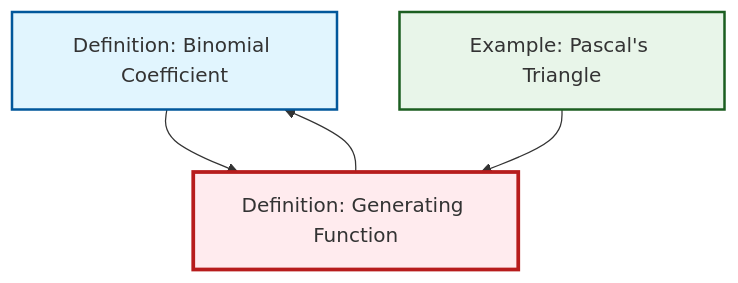
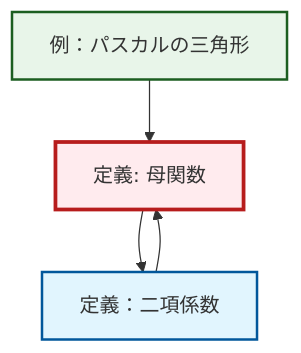
The diagram in content/ja/combinatorics/def-generating-function.qmd (RK0429/ModernMath), drawn with Mermaid before and after one commit. The commit also changed 1069 other files, not shown here.

````diff
--- a/content/ja/combinatorics/def-generating-function.qmd
+++ b/content/ja/combinatorics/def-generating-function.qmd
@@ -99,18 +99,18 @@
 ```{mermaid}
 %%| fig-cap: "Local dependency graph"
 graph TD
     classDef definition fill:#e1f5fe,stroke:#01579b,stroke-width:2px
     classDef theorem fill:#f3e5f5,stroke:#4a148c,stroke-width:2px
     classDef axiom fill:#fff3e0,stroke:#e65100,stroke-width:2px
     classDef example fill:#e8f5e9,stroke:#1b5e20,stroke-width:2px
     classDef current fill:#ffebee,stroke:#b71c1c,stroke-width:3px
-    def-binomial-coefficient["Definition: Binomial Coefficient"]:::definition
-    def-generating-function["Definition: Generating Function"]:::definition
-    ex-pascals-triangle["Example: Pascal's Triangle"]:::example
+    ex-pascals-triangle["例：パスカルの三角形"]:::example
+    def-generating-function["定義: 母関数"]:::definition
+    def-binomial-coefficient["定義：二項係数"]:::definition
+    ex-pascals-triangle --> def-generating-function
     def-generating-function --> def-binomial-coefficient
     def-binomial-coefficient --> def-generating-function
-    ex-pascals-triangle --> def-generating-function
     class def-generating-function current
-    click def-binomial-coefficient "def-binomial-coefficient.html" "Definition: Binomial Coefficientへ"
-    click ex-pascals-triangle "ex-pascals-triangle.html" "Example: Pascal's Triangleへ"
+    click ex-pascals-triangle "ex-pascals-triangle.html" "例：パスカルの三角形へ"
+    click def-binomial-coefficient "def-binomial-coefficient.html" "定義：二項係数へ"
 ```
````
